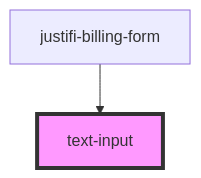
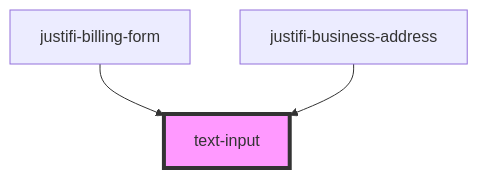
One commit to justifi-tech/web-component-library changed the diagram in stencil-library/src/components/text-input/readme.md. Above: the diagram before and after it, drawn with Mermaid. The commit also changed other lines of this file and 11 other files, not shown here.

Commit message:
create generic business-address component

````diff
--- a/stencil-library/src/components/text-input/readme.md
+++ b/stencil-library/src/components/text-input/readme.md
@@ -39,5 +40,6 @@
 ```mermaid
 graph TD;
   justifi-billing-form --> text-input
+  justifi-business-address --> text-input
   style text-input fill:#f9f,stroke:#333,stroke-width:4px
 ```
````
